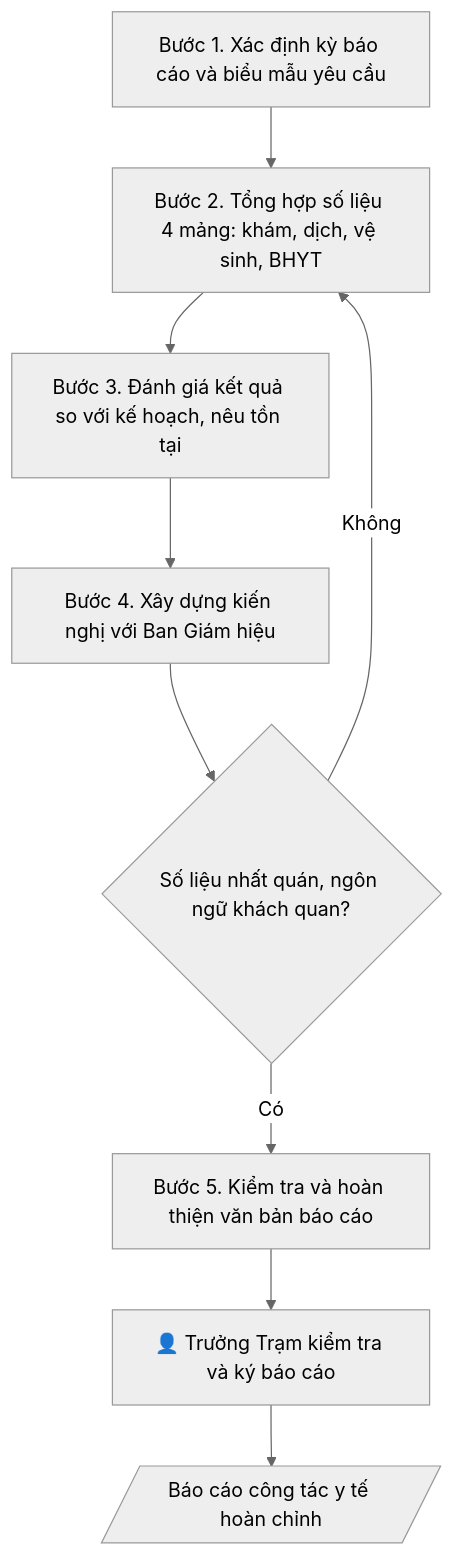
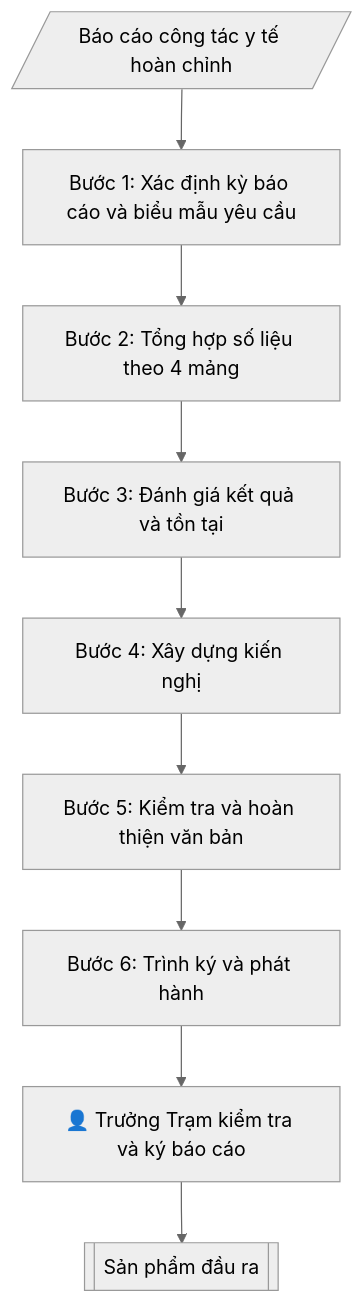
One commit to phamtruong91/dh-skills changed the diagram in skills/bao-cao-cong-tac-y-te/SKILL.md. Above: the diagram before and after it, drawn with Mermaid (neutral theme). The commit also changed 124 other files, not shown here.

````diff
--- a/skills/bao-cao-cong-tac-y-te/SKILL.md
+++ b/skills/bao-cao-cong-tac-y-te/SKILL.md
@@ -110,14 +110,11 @@
 ```mermaid
 flowchart TD
-    A["Bước 1. Xác định kỳ báo cáo và biểu mẫu yêu cầu"]
-    B["Bước 2. Tổng hợp số liệu 4 mảng: khám, dịch, vệ sinh, BHYT"]
-    C["Bước 3. Đánh giá kết quả so với kế hoạch, nêu tồn tại"]
-    D["Bước 4. Xây dựng kiến nghị với Ban Giám hiệu"]
-    E{"Số liệu nhất quán, ngôn ngữ khách quan?"}
-    F["Bước 5. Kiểm tra và hoàn thiện văn bản báo cáo"]
-    HG["👤 Trưởng Trạm kiểm tra và ký báo cáo"]
-    O[/"Báo cáo công tác y tế hoàn chỉnh"/]
-    A --> B --> C --> D --> E
-    E -->|Không| B
-    E -->|Có| F --> HG --> O
+    IN[/"Báo cáo công tác y tế hoàn chỉnh"/] --> B1["Bước 1: Xác định kỳ báo cáo và biểu mẫu yêu cầu"]
+    B1 --> B2["Bước 2: Tổng hợp số liệu theo 4 mảng"]
+    B2 --> B3["Bước 3: Đánh giá kết quả và tồn tại"]
+    B3 --> B4["Bước 4: Xây dựng kiến nghị"]
+    B4 --> B5["Bước 5: Kiểm tra và hoàn thiện văn bản"]
+    B5 --> B6["Bước 6: Trình ký và phát hành"]
+    B6 --> HG["👤 Trưởng Trạm kiểm tra và ký báo cáo"]
+    HG --> OUT[["Sản phẩm đầu ra"]]
 ```
````
